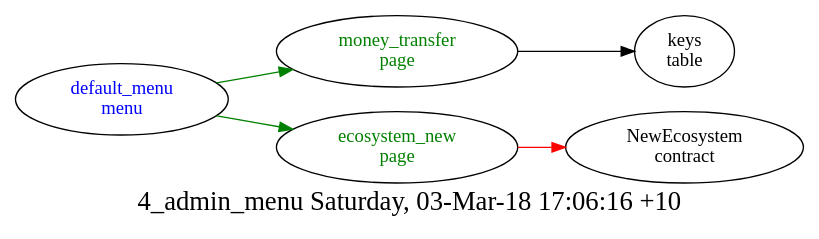
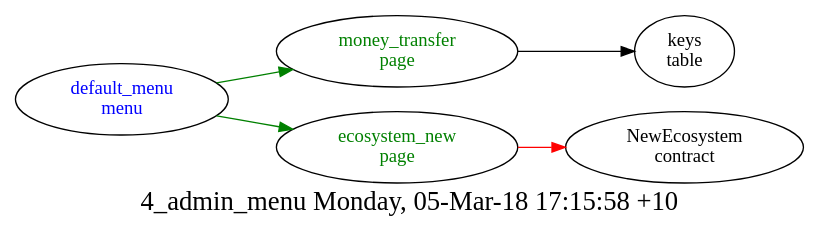
The diagram in src/basic/basic_main/4_admin_menu/struct.dot (AplaProject/apps), drawn with Graphviz before and after one commit. The commit also changed 70 other files, not shown here.

```diff
--- a/src/basic/basic_main/4_admin_menu/struct.dot
+++ b/src/basic/basic_main/4_admin_menu/struct.dot
@@ -1,12 +1,12 @@
 digraph G {
 fontsize="20.0";
-label="4_admin_menu Saturday, 03-Mar-18 17:06:16 +10";
+label="4_admin_menu Monday, 05-Mar-18 17:15:58 +10";
 rankdir=LR;
 "default_menu\nmenu" -> "money_transfer\npage"  [ color=green ]
 "default_menu\nmenu" -> "ecosystem_new\npage"  [ color=green ]
 "default_menu\nmenu" [fontcolor=blue, group=menus];
 "ecosystem_new\npage" -> "NewEcosystem\ncontract"  [ color=red ]
 "ecosystem_new\npage" [fontcolor=green, group=pages];
 "money_transfer\npage" -> "keys\ntable"
 "money_transfer\npage" [fontcolor=green, group=pages];
 }
```
